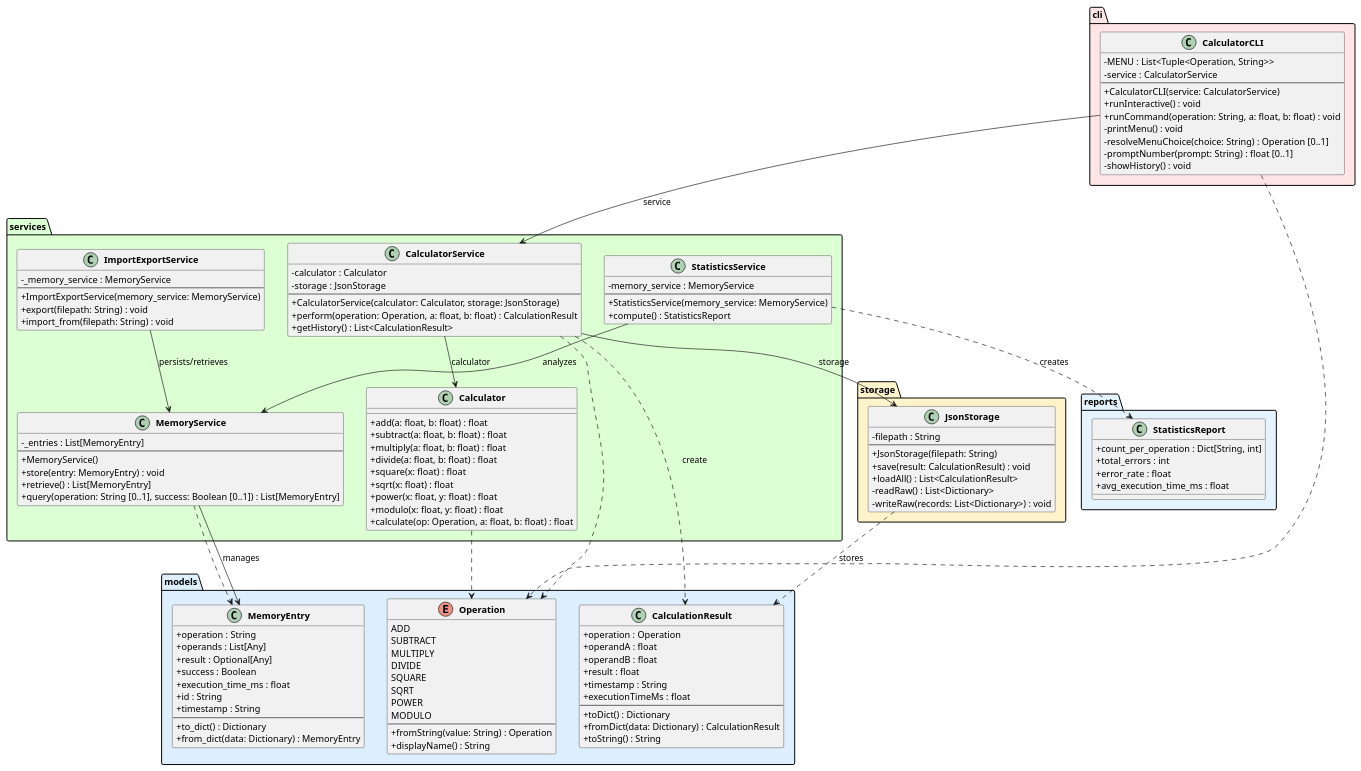
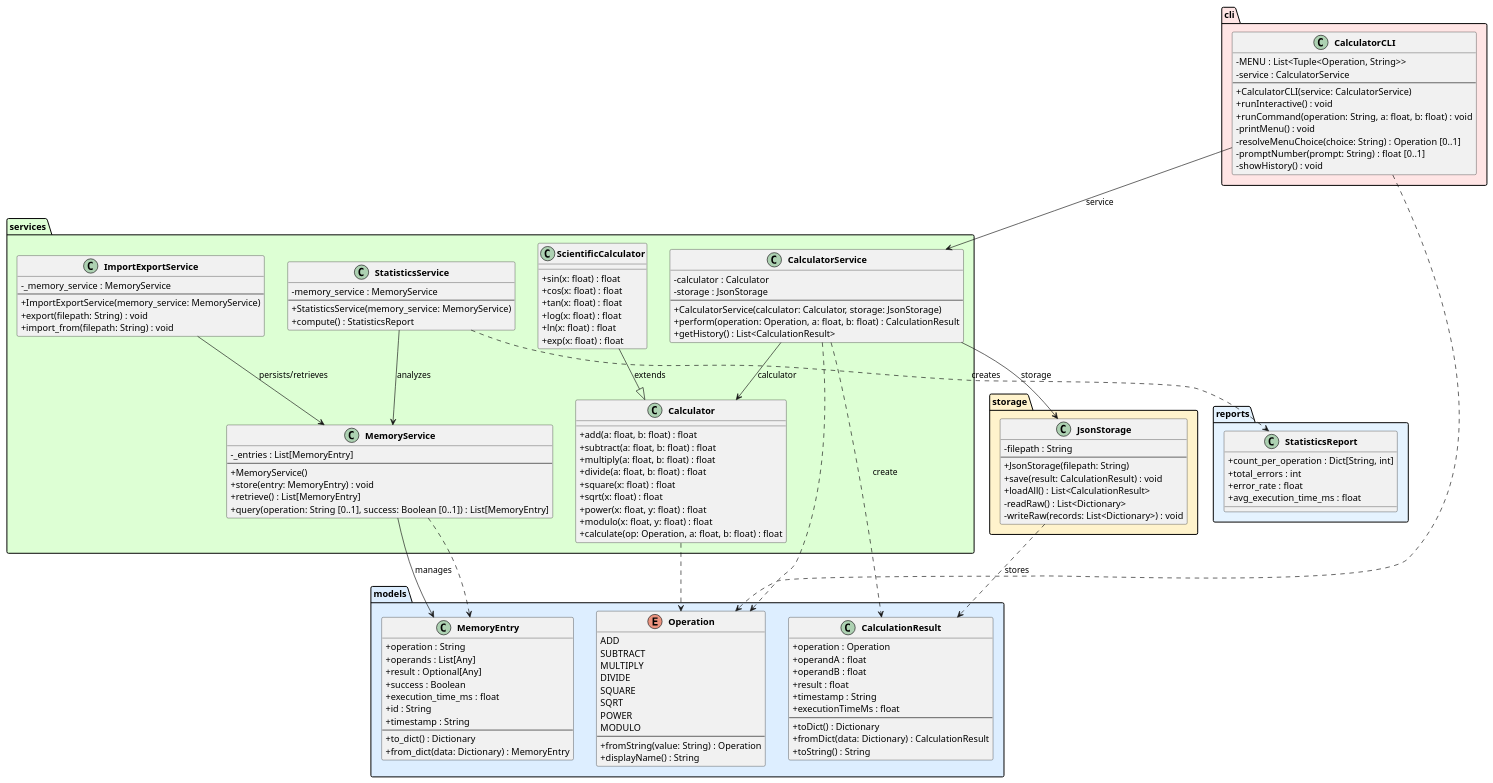
One commit to DanielRiha8906/Software_autoevolution_using_agents changed the diagram in experiments/broadcast/test_driven/calculator/artifacts/class_diagram.puml. Above: the diagram before and after it, drawn with PlantUML. The commit also changed 7 other files, not shown here.

```diff
--- a/experiments/broadcast/test_driven/calculator/artifacts/class_diagram.puml
+++ b/experiments/broadcast/test_driven/calculator/artifacts/class_diagram.puml
@@ -1,146 +1,157 @@
 @startuml class_diagram
 
 skinparam classAttributeIconSize 0
 skinparam classFontStyle bold
 
 package "models" #DDEEFF {
     enum Operation {
         ADD
         SUBTRACT
         MULTIPLY
         DIVIDE
         SQUARE
         SQRT
         POWER
         MODULO
         --
         +fromString(value: String) : Operation
         +displayName() : String
     }
 
     class CalculationResult {
         +operation : Operation
         +operandA : float
         +operandB : float
         +result : float
         +timestamp : String
         +executionTimeMs : float
         --
         +toDict() : Dictionary
         +fromDict(data: Dictionary) : CalculationResult
         +toString() : String
     }
 
     class MemoryEntry {
         +operation : String
         +operands : List[Any]
         +result : Optional[Any]
         +success : Boolean
         +execution_time_ms : float
         +id : String
         +timestamp : String
         --
         +to_dict() : Dictionary
         +from_dict(data: Dictionary) : MemoryEntry
     }
 }
 
 package "services" #DDFFD4 {
     class Calculator {
         +add(a: float, b: float) : float
         +subtract(a: float, b: float) : float
         +multiply(a: float, b: float) : float
         +divide(a: float, b: float) : float
         +square(x: float) : float
         +sqrt(x: float) : float
         +power(x: float, y: float) : float
         +modulo(x: float, y: float) : float
         +calculate(op: Operation, a: float, b: float) : float
+    }
+
+    class ScientificCalculator {
+        +sin(x: float) : float
+        +cos(x: float) : float
+        +tan(x: float) : float
+        +log(x: float) : float
+        +ln(x: float) : float
+        +exp(x: float) : float
     }
 
     class CalculatorService {
         -calculator : Calculator
         -storage : JsonStorage
         --
         +CalculatorService(calculator: Calculator, storage: JsonStorage)
         +perform(operation: Operation, a: float, b: float) : CalculationResult
         +getHistory() : List<CalculationResult>
     }
 
     class MemoryService {
         -_entries : List[MemoryEntry]
         --
         +MemoryService()
         +store(entry: MemoryEntry) : void
         +retrieve() : List[MemoryEntry]
         +query(operation: String [0..1], success: Boolean [0..1]) : List[MemoryEntry]
     }
 
     class StatisticsService {
         -memory_service : MemoryService
         --
         +StatisticsService(memory_service: MemoryService)
         +compute() : StatisticsReport
     }
 
     class ImportExportService {
         -_memory_service : MemoryService
         --
         +ImportExportService(memory_service: MemoryService)
         +export(filepath: String) : void
         +import_from(filepath: String) : void
     }
 }
 
 package "reports" #E5F3FF {
     class StatisticsReport {
         +count_per_operation : Dict[String, int]
         +total_errors : int
         +error_rate : float
         +avg_execution_time_ms : float
     }
 }
 
 package "storage" #FFF3CC {
     class JsonStorage {
         -filepath : String
         --
         +JsonStorage(filepath: String)
         +save(result: CalculationResult) : void
         +loadAll() : List<CalculationResult>
         -readRaw() : List<Dictionary>
         -writeRaw(records: List<Dictionary>) : void
     }
 }
 
 package "cli" #FFE5E5 {
     class CalculatorCLI {
         -MENU : List<Tuple<Operation, String>>
         -service : CalculatorService
         --
         +CalculatorCLI(service: CalculatorService)
         +runInteractive() : void
         +runCommand(operation: String, a: float, b: float) : void
         -printMenu() : void
         -resolveMenuChoice(choice: String) : Operation [0..1]
         -promptNumber(prompt: String) : float [0..1]
         -showHistory() : void
     }
 }
 
+ScientificCalculator --|> Calculator : extends
+
 CalculatorCLI --> CalculatorService : service
 CalculatorService --> Calculator : calculator
 CalculatorService --> JsonStorage : storage
 MemoryService --> MemoryEntry : manages
 StatisticsService --> MemoryService : analyzes
 ImportExportService --> MemoryService : persists/retrieves
 StatisticsService ..> StatisticsReport : creates
 
 CalculatorService ..> CalculationResult : create
 CalculatorService ..> Operation
 CalculatorCLI ..> Operation
 Calculator ..> Operation
 JsonStorage ..> CalculationResult : stores
 MemoryService ..> MemoryEntry
 
 @enduml
```
